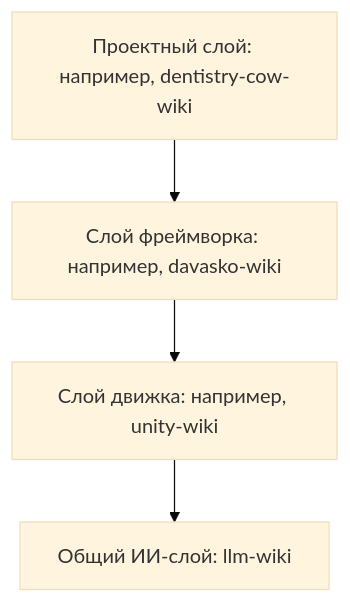
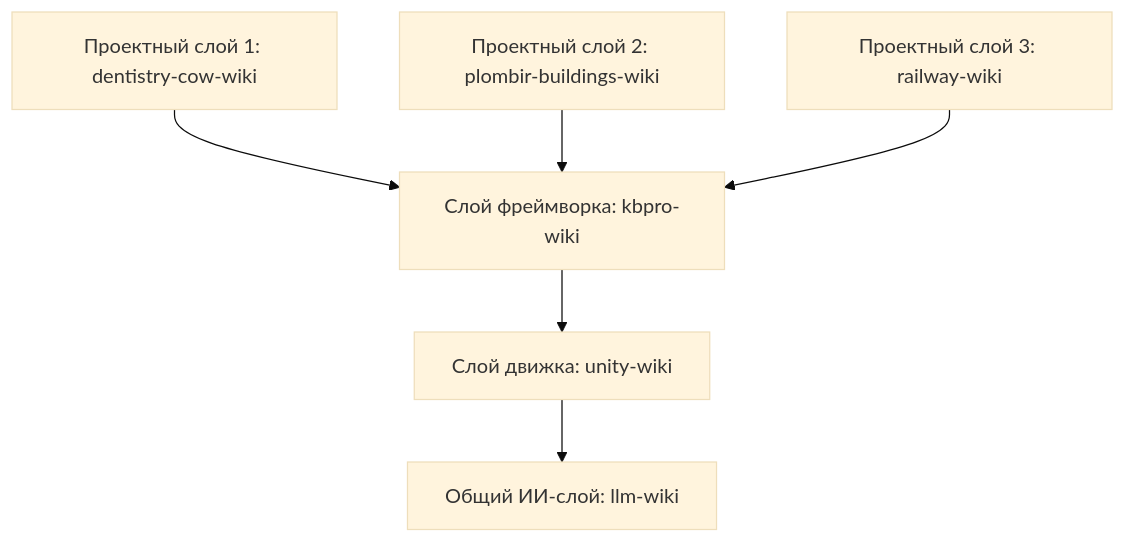
One commit to gDavASko/DavASkoLLMWiki changed the first of 2 diagrams in README.ru.md. Above: the diagram before and after it, drawn with Mermaid (base theme). The commit also changed other lines of this file and 31 other files, not shown here.

Commit message:
Update davasko-llm-wiki skill to support multi-project layers, root plans, and new automation scripts

````diff
--- a/README.ru.md
+++ b/README.ru.md
@@ -14,6 +14,8 @@
 ```mermaid
 graph TD
-    Project[Проектный слой: например, dentistry-cow-wiki] --> Framework[Слой фреймворка: например, davasko-wiki]
-    Framework --> Engine[Слой движка: например, unity-wiki]
+    Project1[Проектный слой 1: dentistry-cow-wiki] --> Framework[Слой фреймворка: kbpro-wiki]
+    Project2[Проектный слой 2: plombir-buildings-wiki] --> Framework
+    Project3[Проектный слой 3: railway-wiki] --> Framework
+    Framework --> Engine[Слой движка: unity-wiki]
     Engine --> Root[Общий ИИ-слой: llm-wiki]
 ```
````
